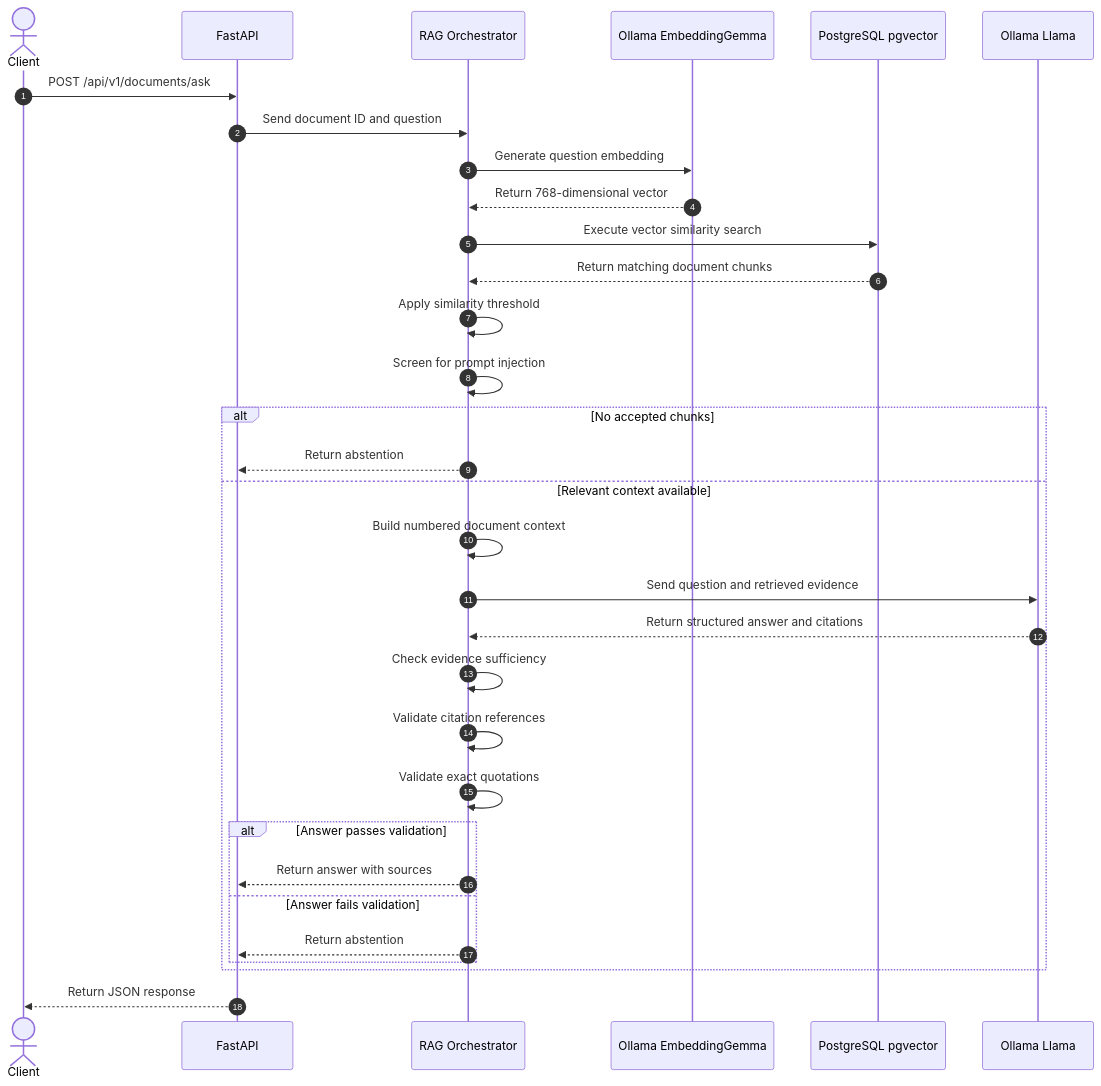
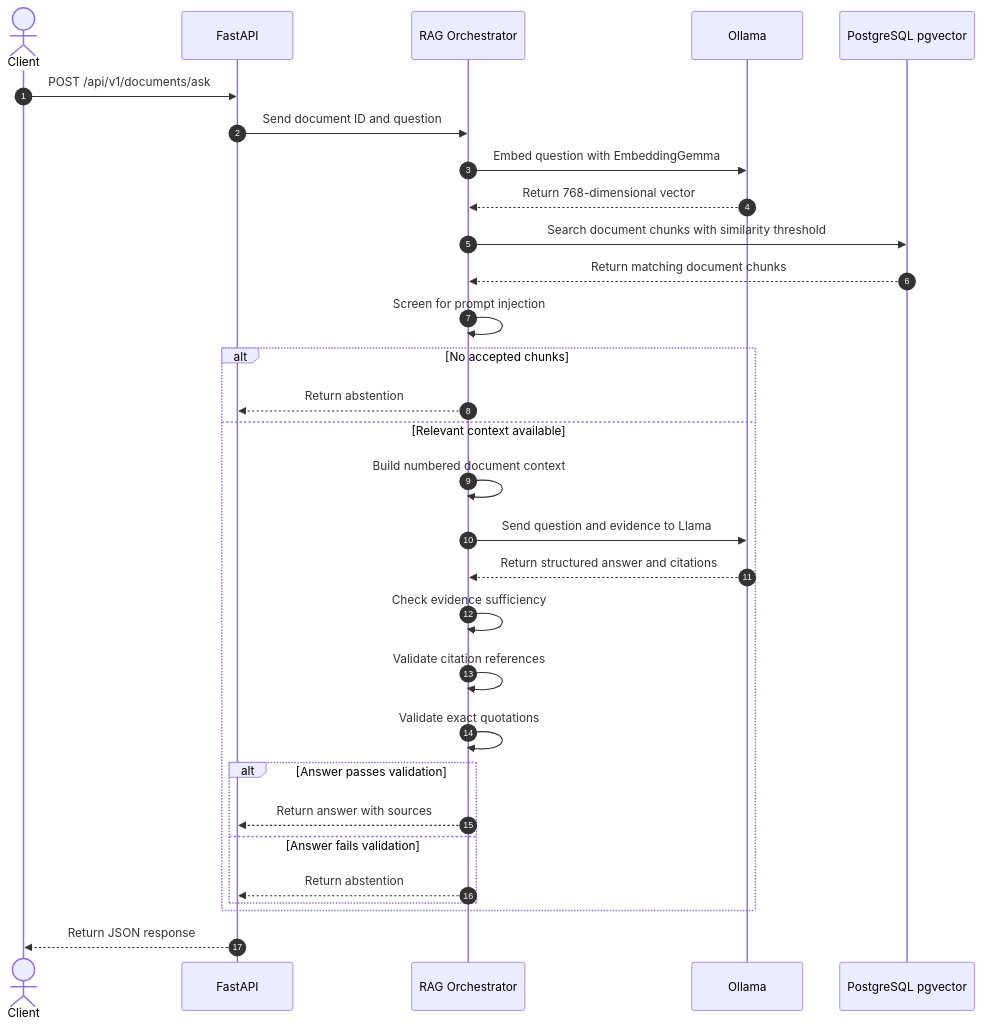
One commit to hidayatarg/enterprise-rag changed the fourth of 9 diagrams in readme.md. Above: the diagram before and after it, drawn with Mermaid. The commit also changed other lines of this file, not shown here.

````diff
--- a/readme.md
+++ b/readme.md
@@ -171,34 +179,32 @@
 ```mermaid
 sequenceDiagram
     autonumber
     actor Client
     participant API as FastAPI
     participant R as RAG Orchestrator
-    participant E as Ollama EmbeddingGemma
+    participant O as Ollama
     participant DB as PostgreSQL pgvector
-    participant L as Ollama Llama
     Client->>API: POST /api/v1/documents/ask
     API->>R: Send document ID and question
-    R->>E: Generate question embedding
-    E-->>R: Return 768-dimensional vector
-    R->>DB: Execute vector similarity search
+    R->>O: Embed question with EmbeddingGemma
+    O-->>R: Return 768-dimensional vector
+    R->>DB: Search document chunks with similarity threshold
     DB-->>R: Return matching document chunks
-    R->>R: Apply similarity threshold
     R->>R: Screen for prompt injection
     alt No accepted chunks
         R-->>API: Return abstention
     else Relevant context available
         R->>R: Build numbered document context
-        R->>L: Send question and retrieved evidence
-        L-->>R: Return structured answer and citations
+        R->>O: Send question and evidence to Llama
+        O-->>R: Return structured answer and citations
         R->>R: Check evidence sufficiency
         R->>R: Validate citation references
         R->>R: Validate exact quotations
         alt Answer passes validation
             R-->>API: Return answer with sources
         else Answer fails validation
             R-->>API: Return abstention
         end
     end
     API-->>Client: Return JSON response
 ```
````
